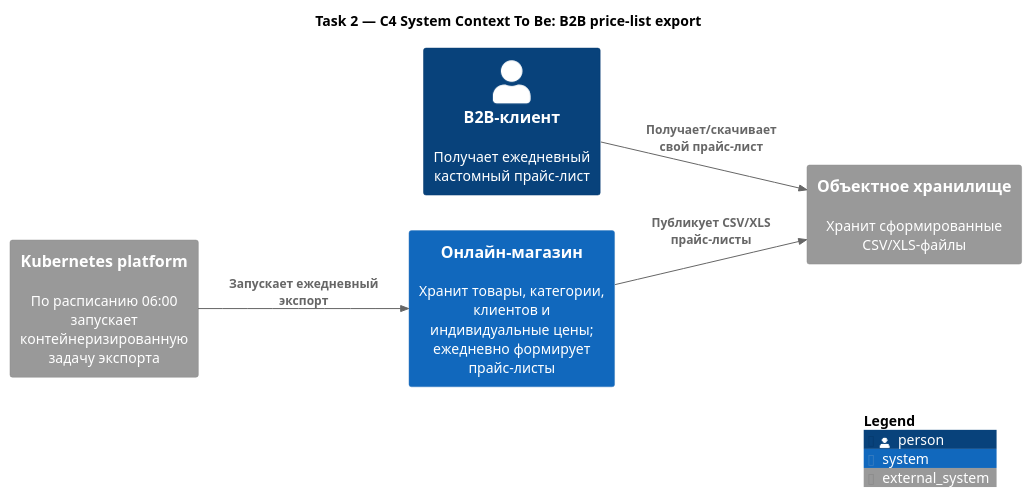
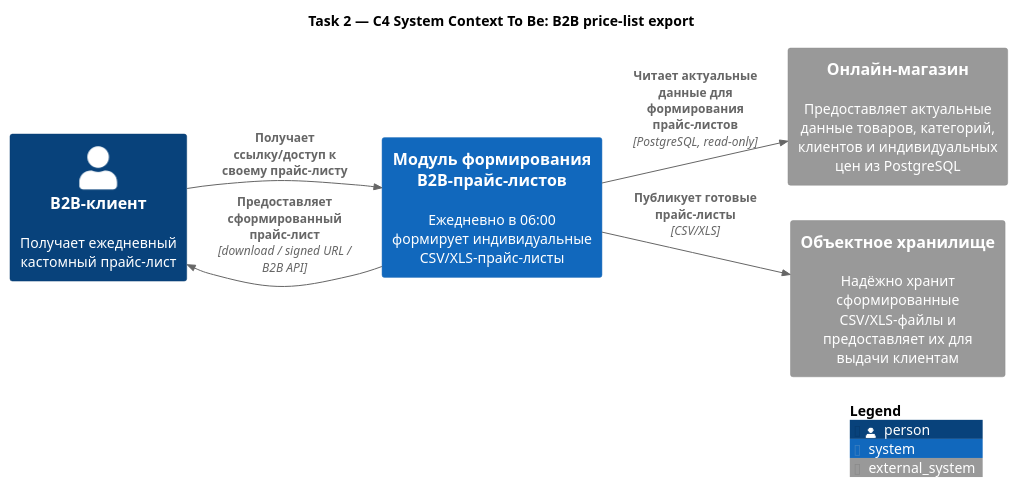
The diagram in task-2/results/c4-context-to-be.puml (FFinn/msa-project-5-base-v1), drawn with PlantUML before and after one commit.

Commit message:
task2: correct C4 context diagram boundaries

```diff
--- a/task-2/results/c4-context-to-be.puml
+++ b/task-2/results/c4-context-to-be.puml
@@ -1,19 +1,21 @@
 @startuml Task2_C4_Context_ToBe
 !include https://raw.githubusercontent.com/plantuml-stdlib/C4-PlantUML/master/C4_Context.puml
 
 LAYOUT_LEFT_RIGHT()
 
 title Task 2 — C4 System Context To Be: B2B price-list export
 
 Person(b2b, "B2B-клиент", "Получает ежедневный кастомный прайс-лист")
 
-System(shop, "Онлайн-магазин", "Хранит товары, категории, клиентов и индивидуальные цены; ежедневно формирует прайс-листы")
-System_Ext(storage, "Объектное хранилище", "Хранит сформированные CSV/XLS-файлы")
-System_Ext(k8s, "Kubernetes platform", "По расписанию 06:00 запускает контейнеризированную задачу экспорта")
+System(priceListSystem, "Модуль формирования B2B-прайс-листов", "Ежедневно в 06:00 формирует индивидуальные CSV/XLS-прайс-листы")
 
-Rel(k8s, shop, "Запускает ежедневный экспорт")
-Rel(shop, storage, "Публикует CSV/XLS прайс-листы")
-Rel(b2b, storage, "Получает/скачивает свой прайс-лист")
+System_Ext(shop, "Онлайн-магазин", "Предоставляет актуальные данные товаров, категорий, клиентов и индивидуальных цен из PostgreSQL")
+System_Ext(storage, "Объектное хранилище", "Надёжно хранит сформированные CSV/XLS-файлы и предоставляет их для выдачи клиентам")
+
+Rel(priceListSystem, shop, "Читает актуальные данные для формирования прайс-листов", "PostgreSQL, read-only")
+Rel(priceListSystem, storage, "Публикует готовые прайс-листы", "CSV/XLS")
+Rel(b2b, priceListSystem, "Получает ссылку/доступ к своему прайс-листу")
+Rel(priceListSystem, b2b, "Предоставляет сформированный прайс-лист", "download / signed URL / B2B API")
 
 SHOW_LEGEND()
 @enduml
```
